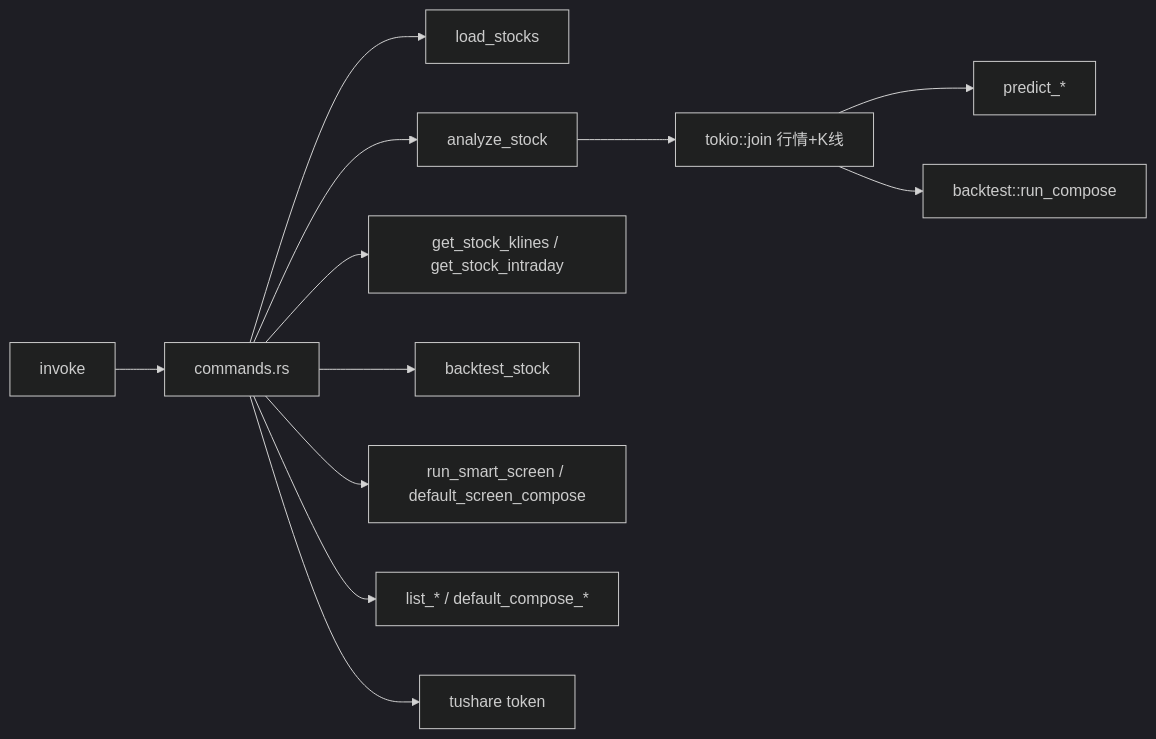
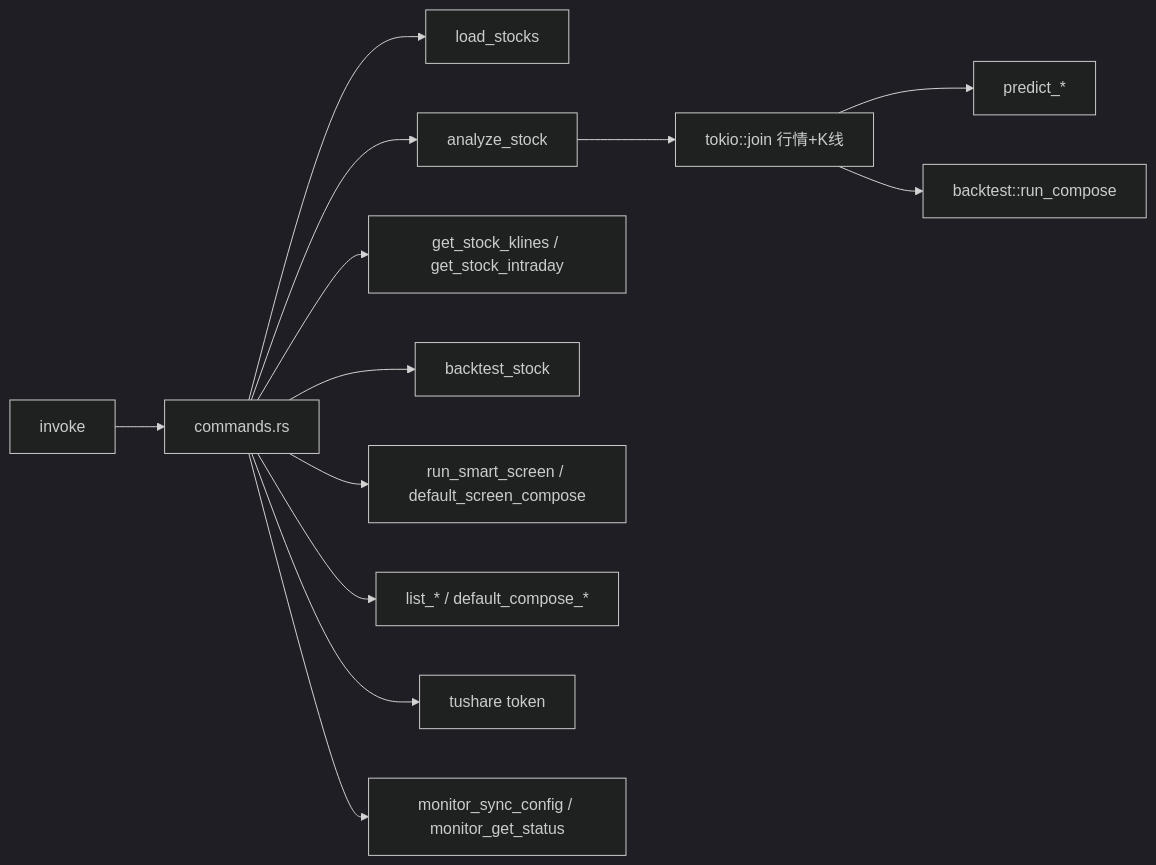
Before and after one commit to wuyanwen1997-wyw/stock-predict: the ninth of 18 diagrams in docs/软件设计说明.md, drawn with Mermaid (dark theme). The commit also changed other lines of this file and 27 other files, not shown here.

````diff
--- a/docs/软件设计说明.md
+++ b/docs/软件设计说明.md
@@ -403,14 +408,15 @@
 ```mermaid
 flowchart LR
     INV[invoke] --> CMD[commands.rs]
     CMD --> LS[load_stocks]
     CMD --> AN[analyze_stock]
     CMD --> KL[get_stock_klines / get_stock_intraday]
     CMD --> BT[backtest_stock]
     CMD --> SCR[run_smart_screen / default_screen_compose]
     CMD --> META[list_* / default_compose_*]
     CMD --> TOK[tushare token]
+    CMD --> MON[monitor_sync_config / monitor_get_status]
     AN --> JOIN[tokio::join 行情+K线]
     JOIN --> PRED[predict_*]
     JOIN --> RUNBT[backtest::run_compose]
 ```
````
